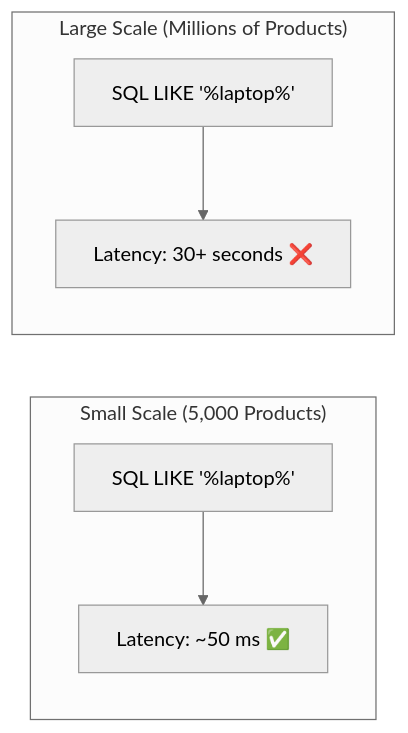
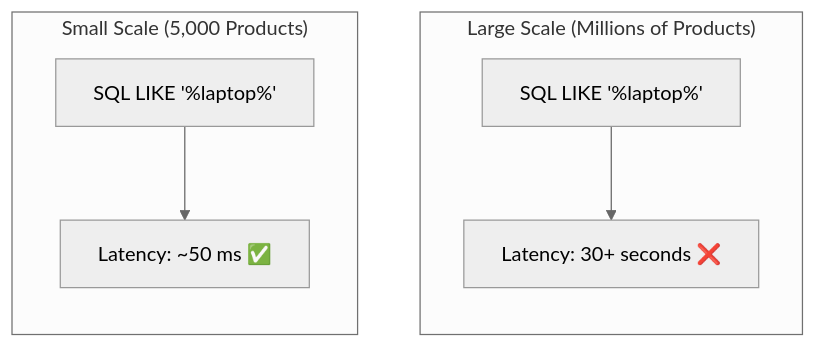
Before and after one commit to rohithgowda18/Notes: the first of 10 diagrams in 07-Backend-Engineering/Elastic Search.md, drawn with Mermaid (neutral theme). The commit also changed other lines of this file and 15 other files, not shown here.

Commit message:
docs: audit Mermaid diagrams, optimize side-by-side layouts, and deduplicate DBMS advanced notes

````diff
--- a/07-Backend-Engineering/Elastic Search.md
+++ b/07-Backend-Engineering/Elastic Search.md
@@ -53,9 +53,14 @@
 ```mermaid
 flowchart LR
     subgraph SmallScale ["Small Scale (5,000 Products)"]
+        direction TB
         Q1["SQL LIKE '%laptop%'"] --> T1["Latency: ~50 ms ✅"]
     end
+
+    SmallScale ~~~ LargeScale
+
     subgraph LargeScale ["Large Scale (Millions of Products)"]
+        direction TB
         Q2["SQL LIKE '%laptop%'"] --> T2["Latency: 30+ seconds ❌"]
     end
 ```
````
